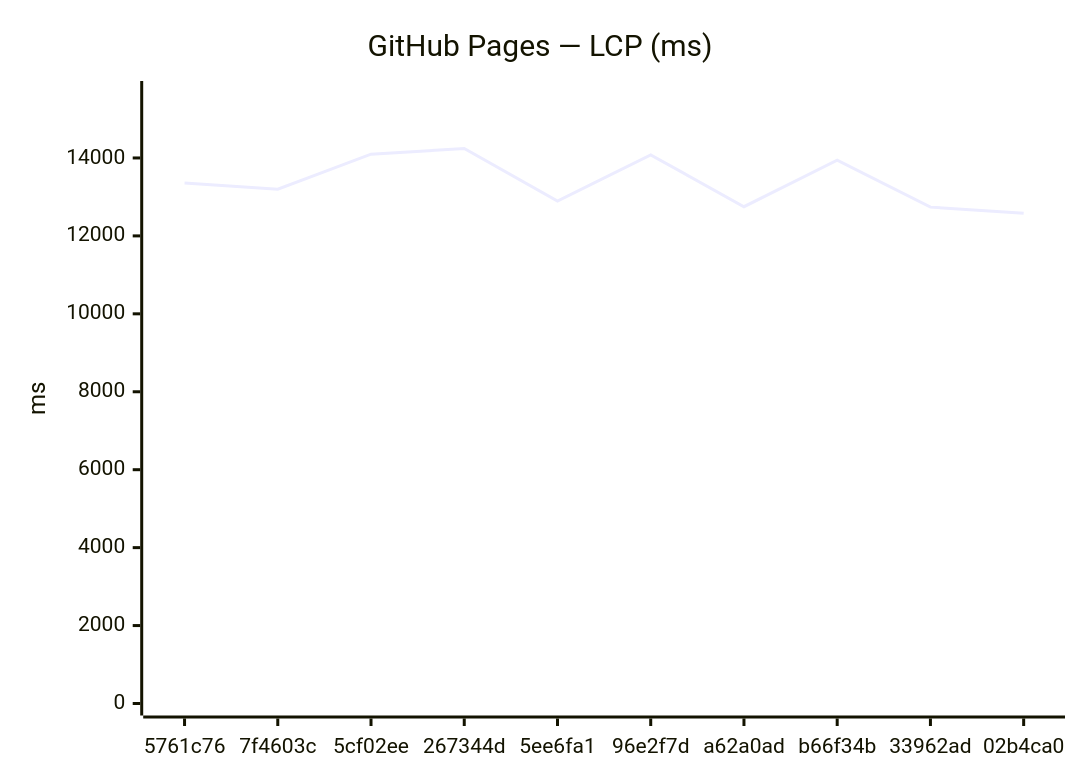
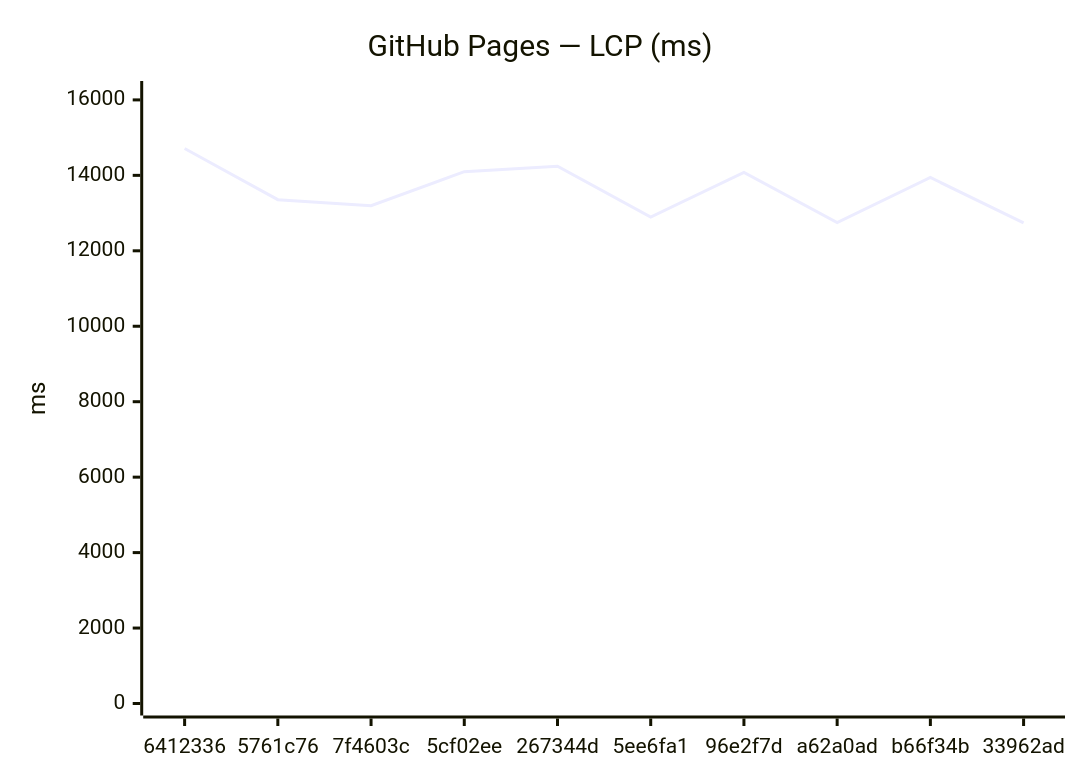
Before and after one commit to Metaheurist/Rianell: the third of 18 diagrams in benchmarks/compare.md, drawn with Mermaid. The commit also changed other lines of this file and 11 other files, not shown here.

````diff
--- a/benchmarks/compare.md
+++ b/benchmarks/compare.md
@@ -54,7 +54,7 @@
 ```mermaid
 xychart-beta
     title "GitHub Pages — LCP (ms)"
-    x-axis ["5761c76", "7f4603c", "5cf02ee", "267344d", "5ee6fa1", "96e2f7d", "a62a0ad", "b66f34b", "33962ad", "02b4ca0"]
-    y-axis "ms" 0 --> 15667
-    line [13355, 13197, 14098, 14242, 12895, 14078, 12749, 13943, 12738, 12578]
+    x-axis ["6412336", "5761c76", "7f4603c", "5cf02ee", "267344d", "5ee6fa1", "96e2f7d", "a62a0ad", "b66f34b", "33962ad"]
+    y-axis "ms" 0 --> 16183
+    line [14711, 13355, 13197, 14098, 14242, 12895, 14078, 12749, 13943, 12738]
 ```
````
